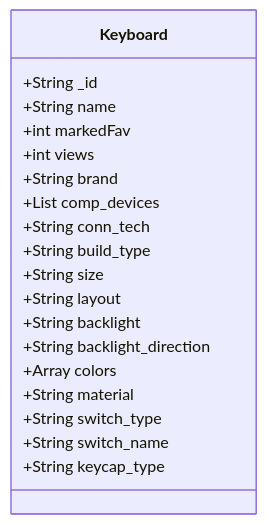
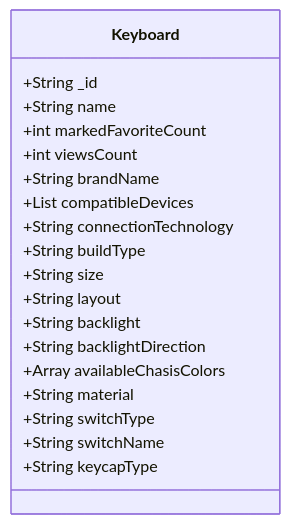
One commit to Vlastrix/keytastic_backend changed the diagram in docs/keyboard.md. Above: the diagram before and after it, drawn with Mermaid. The commit also changed other lines of this file and 1 other file, not shown here.

Commit message:
fix keyboard schema and keyboard.md

````diff
--- a/docs/keyboard.md
+++ b/docs/keyboard.md
@@ -1,22 +1,22 @@
 ```mermaid
 classDiagram
     class Keyboard {
         +String _id  
         +String name
-        +int markedFav
-        +int views
-        +String brand
-        +List comp_devices
-        +String conn_tech 
-        +String build_type
+        +int markedFavoriteCount
+        +int viewsCount
+        +String brandName
+        +List compatibleDevices
+        +String connectionTechnology
+        +String buildType
         +String size
         +String layout
         +String backlight
-        +String backlight_direction
-        +Array colors
+        +String backlightDirection
+        +Array availableChasisColors
         +String material
-        +String switch_type
-        +String switch_name
-        +String keycap_type
+        +String switchType
+        +String switchName
+        +String keycapType
     }
 ```
````
